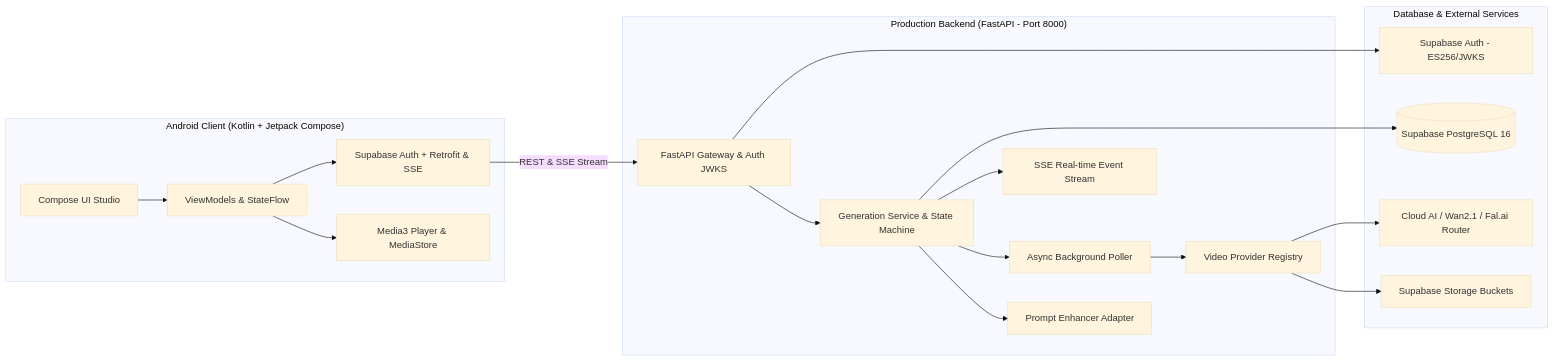
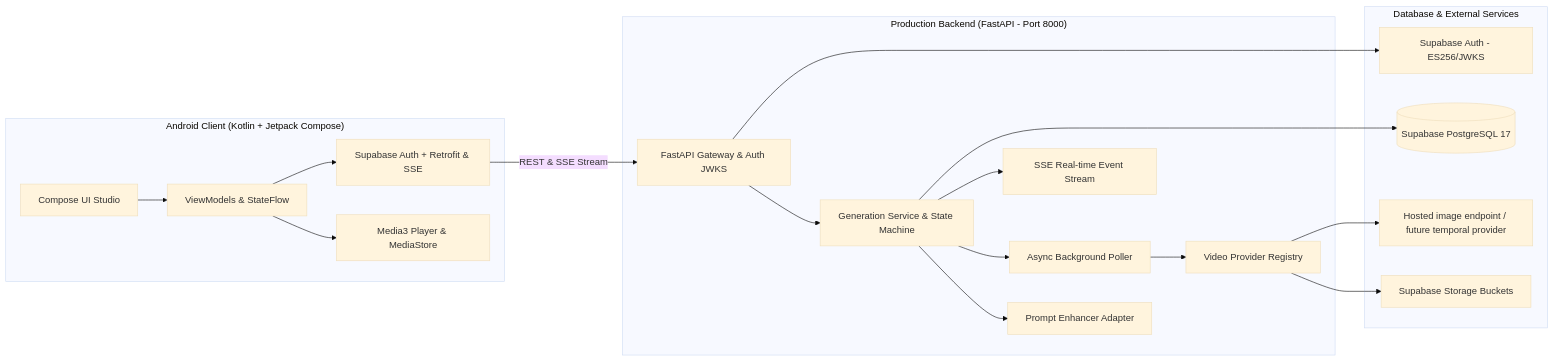
Before and after one commit to S0ra1n0/Cretona: the first of 2 diagrams in docs/ARCHITECTURE.md, drawn with Mermaid (base theme). The commit also changed other lines of this file and 5 other files, not shown here.

````diff
--- a/docs/ARCHITECTURE.md
+++ b/docs/ARCHITECTURE.md
@@ -9,39 +9,39 @@
 ```mermaid
 flowchart LR
     subgraph Client ["Android Client (Kotlin + Jetpack Compose)"]
         UI[Compose UI Studio]
         VM[ViewModels & StateFlow]
         Net[Supabase Auth + Retrofit & SSE]
         Media[Media3 Player & MediaStore]
     end
 
     subgraph Backend ["Production Backend (FastAPI - Port 8000)"]
         API[FastAPI Gateway & Auth JWKS]
         SRV[Generation Service & State Machine]
         SSE[SSE Real-time Event Stream]
         POL[Async Background Poller]
         LLM[Prompt Enhancer Adapter]
         PROV[Video Provider Registry]
     end
 
     subgraph Cloud ["Database & External Services"]
-        DB[(Supabase PostgreSQL 16)]
+        DB[(Supabase PostgreSQL 17)]
         ST[Supabase Storage Buckets]
         AUTH[Supabase Auth - ES256/JWKS]
-        AI[Cloud AI / Wan2.1 / Fal.ai Router]
+        AI[Hosted image endpoint / future temporal provider]
     end
 
     UI --> VM
     VM --> Net
     VM --> Media
     Net -- "REST & SSE Stream" --> API
     API --> AUTH
     API --> SRV
     SRV --> DB
     SRV --> SSE
     SRV --> POL
     SRV --> LLM
     POL --> PROV
     PROV --> AI
     PROV --> ST
 ```
````
